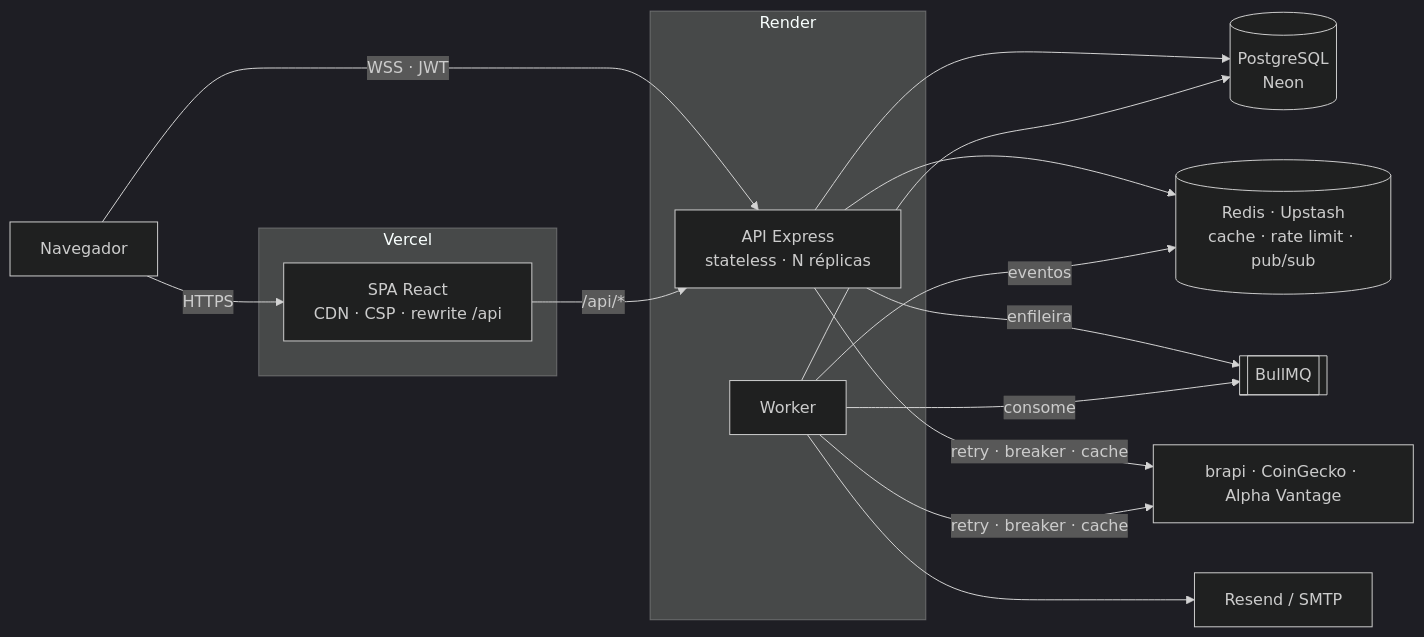
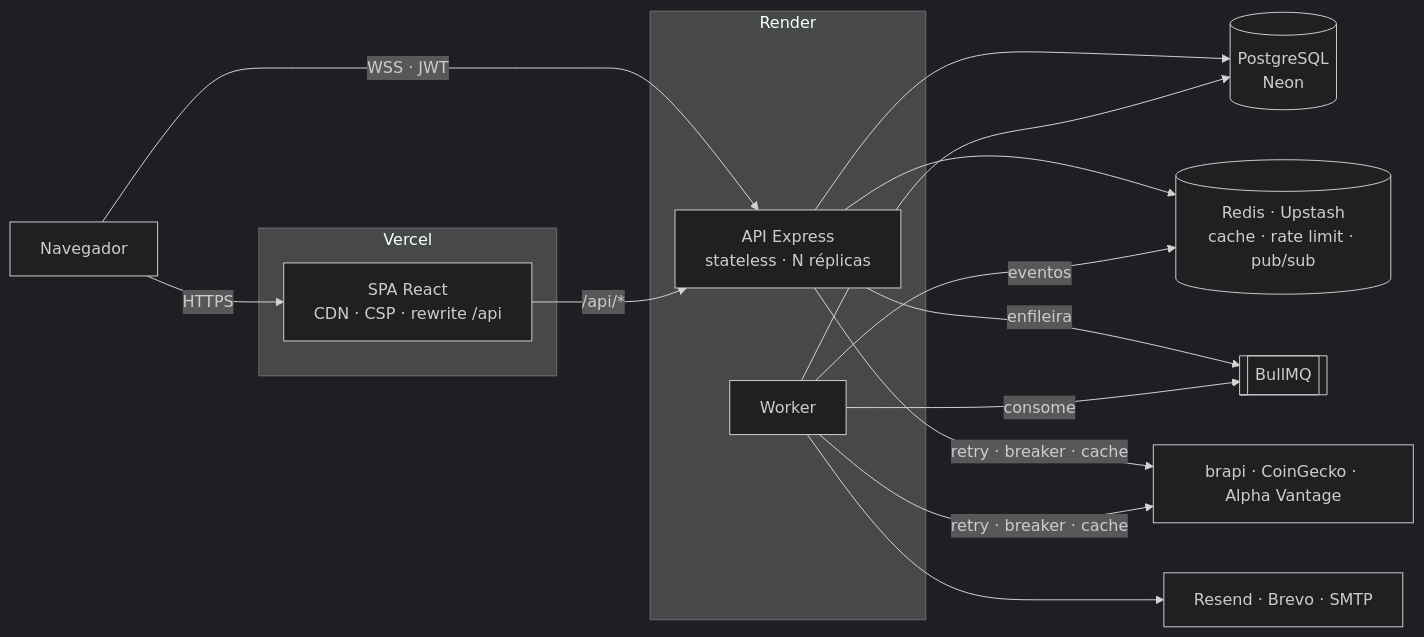
The diagram in README.md (agnaldoteixeira338-code/turbo-mais), drawn with Mermaid (dark theme) before and after one commit. The commit also changed other lines of this file and 10 other files, not shown here.

First line of the commit message:
feat(email): Brevo como provedor de e-mail por API (Resend → Brevo → SMTP) (#27)

````diff
--- a/README.md
+++ b/README.md
@@ -80,21 +80,21 @@
 ```mermaid
 flowchart LR
   subgraph Vercel
     N[SPA React<br/>CDN · CSP · rewrite /api]
   end
   subgraph Render
     API[API Express<br/>stateless · N réplicas]
     W[Worker]
   end
   U[Navegador] -- HTTPS --> N
   U -- WSS · JWT --> API
   N -- /api/* --> API
   API --> PG[(PostgreSQL<br/>Neon)]
   API --> R[(Redis · Upstash<br/>cache · rate limit · pub/sub)]
   API -- enfileira --> Q[[BullMQ]]
   W -- consome --> Q
   W --> PG
   W -- eventos --> R
-  W --> MAIL[Resend / SMTP]
+  W --> MAIL[Resend · Brevo · SMTP]
   API & W -- retry · breaker · cache --> EXT[brapi · CoinGecko · Alpha Vantage]
 ```
````
